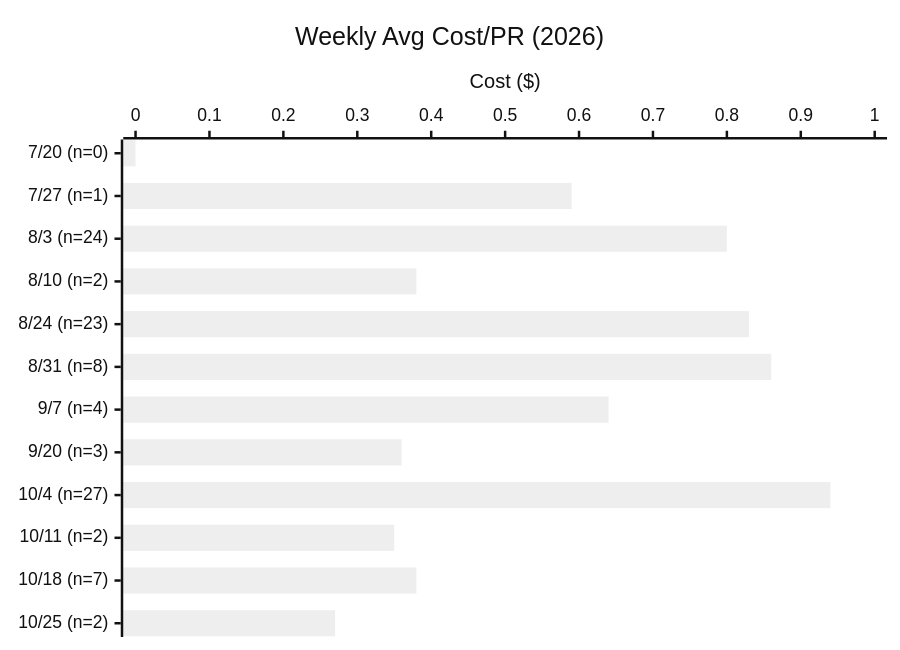
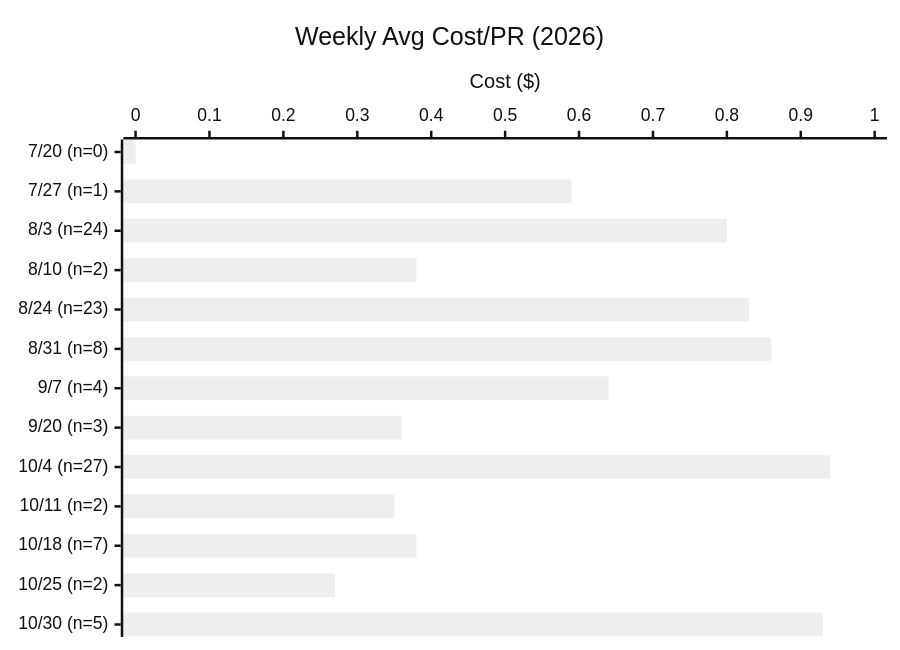
One commit to Sanctum-Origo-Systems/patina changed the second of 3 diagrams in EVAL.md. Above: the diagram before and after it, drawn with Mermaid (neutral theme). The commit also changed other lines of this file and 1 other file, not shown here.

````diff
--- a/EVAL.md
+++ b/EVAL.md
@@ -108,7 +112,7 @@
 ```mermaid
 xychart-beta horizontal
     title "Weekly Avg Cost/PR (2026)"
-    x-axis ["7/20 (n=0)", "7/27 (n=1)", "8/3 (n=24)", "8/10 (n=2)", "8/24 (n=23)", "8/31 (n=8)", "9/7 (n=4)", "9/20 (n=3)", "10/4 (n=27)", "10/11 (n=2)", "10/18 (n=7)", "10/25 (n=2)"]
+    x-axis ["7/20 (n=0)", "7/27 (n=1)", "8/3 (n=24)", "8/10 (n=2)", "8/24 (n=23)", "8/31 (n=8)", "9/7 (n=4)", "9/20 (n=3)", "10/4 (n=27)", "10/11 (n=2)", "10/18 (n=7)", "10/25 (n=2)", "10/30 (n=5)"]
     y-axis "Cost ($)" 0 --> 1
-    bar [0.00, 0.59, 0.80, 0.38, 0.83, 0.86, 0.64, 0.36, 0.94, 0.35, 0.38, 0.27]
+    bar [0.00, 0.59, 0.80, 0.38, 0.83, 0.86, 0.64, 0.36, 0.94, 0.35, 0.38, 0.27, 0.93]
 ```
````
